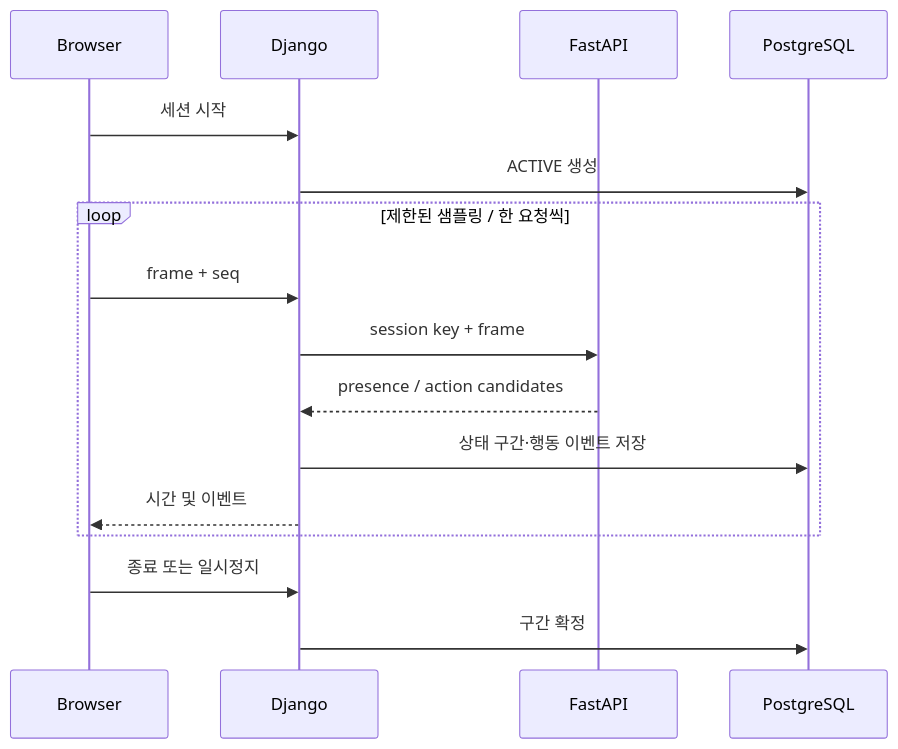
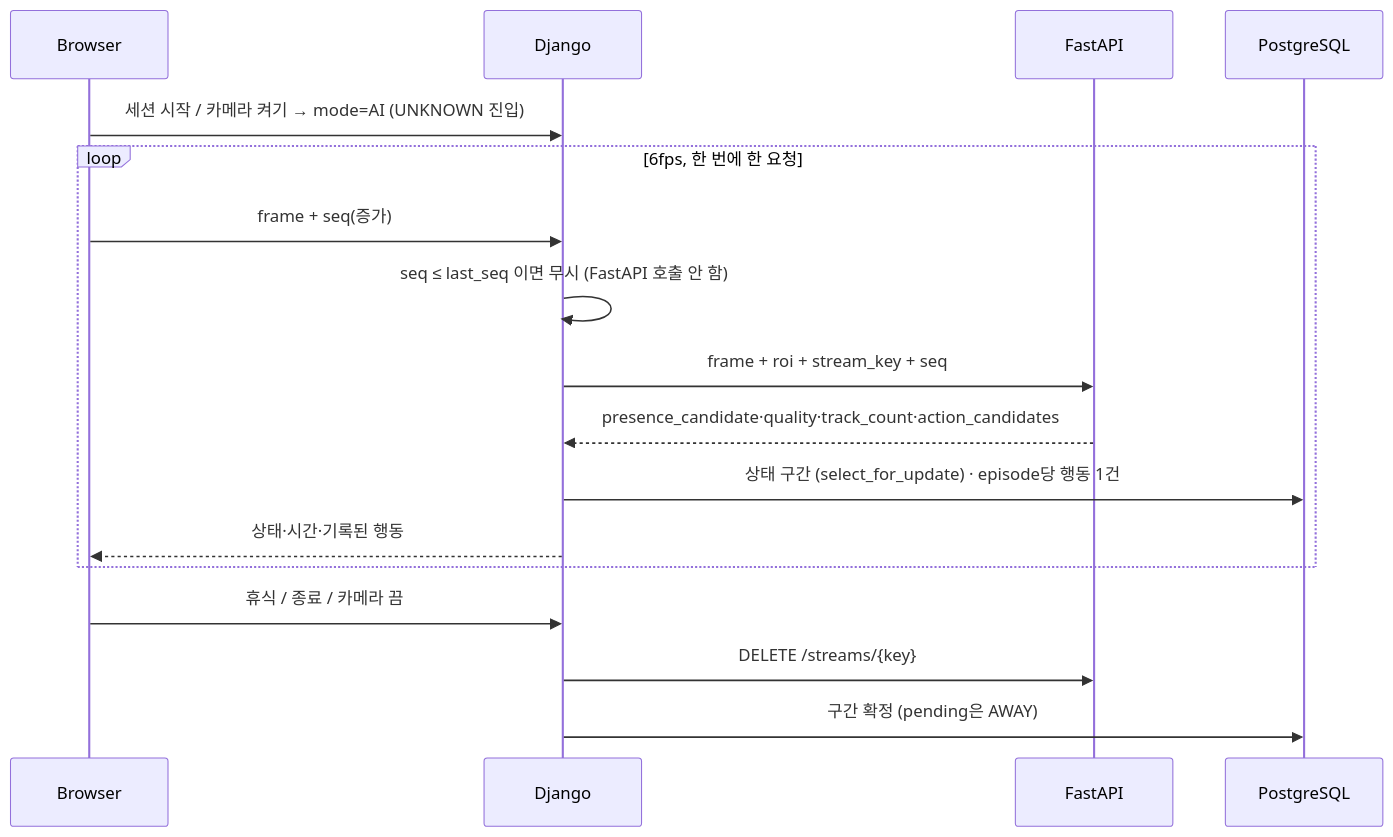
Before and after one commit to HanaPark-lab/desk-habit-coach: the fourth of 6 diagrams in docs/ARCHITECTURE.md, drawn with Mermaid. The commit also changed other lines of this file and 6 other files, not shown here.

````diff
--- a/docs/ARCHITECTURE.md
+++ b/docs/ARCHITECTURE.md
@@ -108,18 +96,19 @@
 ```mermaid
 sequenceDiagram
  participant B as Browser
  participant D as Django
  participant F as FastAPI
  participant P as PostgreSQL
- B->>D: 세션 시작
- D->>P: ACTIVE 생성
- loop 제한된 샘플링 / 한 요청씩
- B->>D: frame + seq
- D->>F: session key + frame
- F-->>D: presence / action candidates
- D->>P: 상태 구간·행동 이벤트 저장
- D-->>B: 시간 및 이벤트
+ B->>D: 세션 시작 / 카메라 켜기 → mode=AI (UNKNOWN 진입)
+ loop 6fps, 한 번에 한 요청
+ B->>D: frame + seq(증가)
+ D->>D: seq ≤ last_seq 이면 무시 (FastAPI 호출 안 함)
+ D->>F: frame + roi + stream_key + seq
+ F-->>D: presence_candidate·quality·track_count·action_candidates
+ D->>P: 상태 구간 (select_for_update) · episode당 행동 1건
+ D-->>B: 상태·시간·기록된 행동
  end
- B->>D: 종료 또는 일시정지
- D->>P: 구간 확정
+ B->>D: 휴식 / 종료 / 카메라 끔
+ D->>F: DELETE /streams/{key}
+ D->>P: 구간 확정 (pending은 AWAY)
 ```
````
